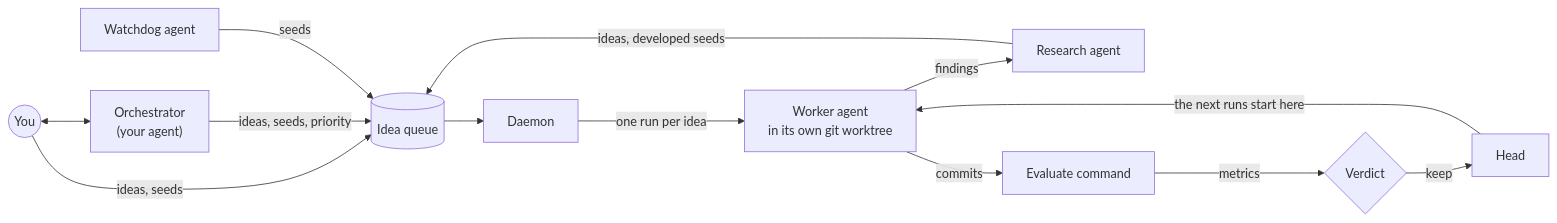
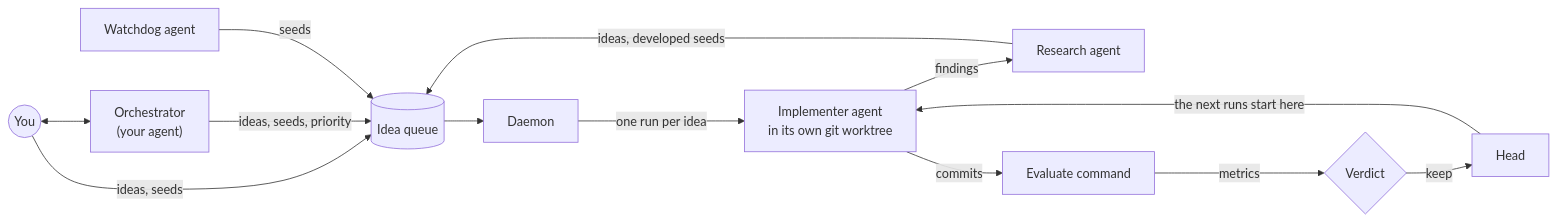
The first of 2 diagrams in docs/architecture/overview.mdx (VatsaDev/piloop), drawn with Mermaid before and after one commit. The commit also changed other lines of this file and 171 other files, not shown here.

First line of the commit message:
feat!: the worker role is the implementer, and the workers table is agent_sessions (#131)

````diff
--- a/docs/architecture/overview.mdx
+++ b/docs/architecture/overview.mdx
@@ -30,15 +30,15 @@
 ```mermaid
 flowchart LR
     you(("You")) <--> orch["Orchestrator<br/>(your agent)"]
     you -->|ideas, seeds| queue[("Idea queue")]
     orch -->|ideas, seeds, priority| queue
     research["Research agent"] -->|ideas, developed seeds| queue
     watchdog["Watchdog agent"] -->|seeds| queue
     queue --> daemon["Daemon"]
-    daemon -->|one run per idea| worker["Worker agent<br/>in its own git worktree"]
-    worker -->|commits| evaluate["Evaluate command"]
-    worker -->|findings| research
+    daemon -->|one run per idea| implementer["Implementer agent<br/>in its own git worktree"]
+    implementer -->|commits| evaluate["Evaluate command"]
+    implementer -->|findings| research
     evaluate -->|metrics| verdict{"Verdict"}
     verdict -->|keep| head["Head"]
-    head -->|the next runs start here| worker
+    head -->|the next runs start here| implementer
 ```
````
